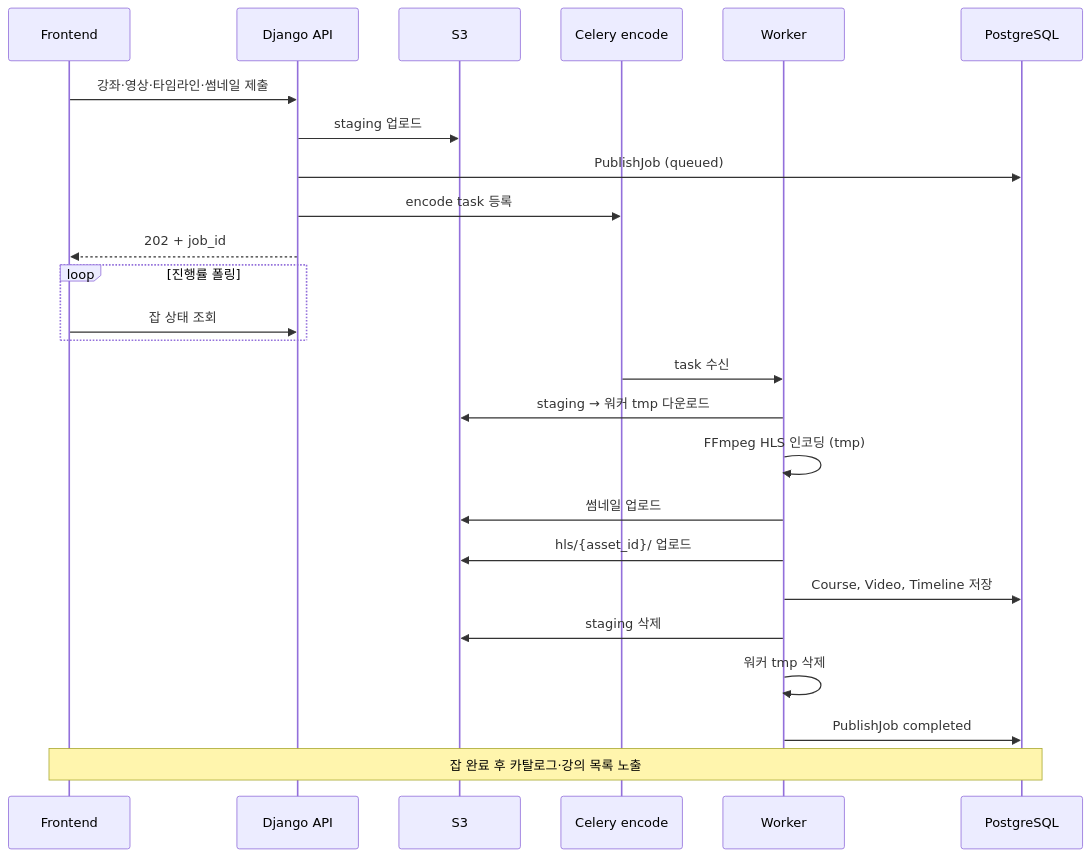
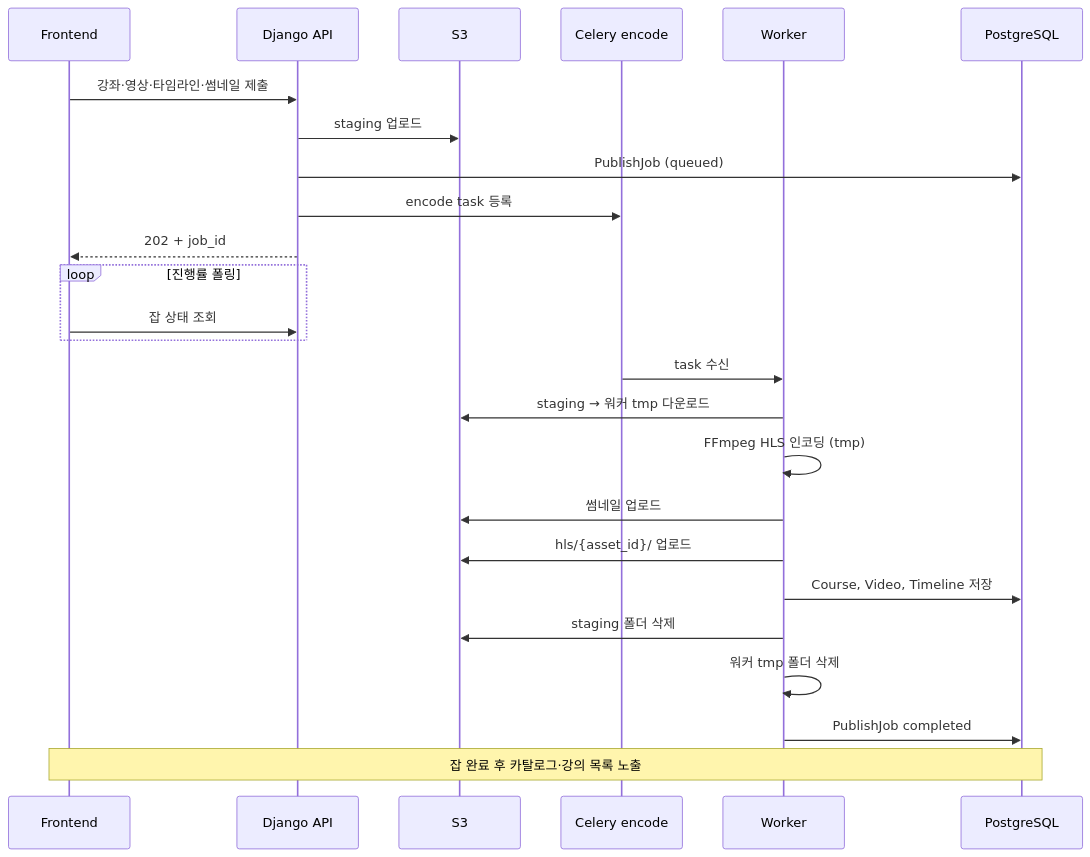
Before and after one commit to DSeung001/dseung001.github.io: the first of 2 diagrams in content/posts/2026/06/09/class-project-retrospective-1/index.md, drawn with Mermaid. The commit also changed other lines of this file and 5 other files, not shown here.

````diff
--- a/content/posts/2026/06/09/class-project-retrospective-1/index.md
+++ b/content/posts/2026/06/09/class-project-retrospective-1/index.md
@@ -100,28 +100,28 @@
 ```mermaid
 sequenceDiagram
     participant FE as Frontend
     participant API as Django API
     participant S3 as S3
     participant Q as Celery encode
     participant W as Worker
     participant DB as PostgreSQL
 
     FE->>API: 강좌·영상·타임라인·썸네일 제출
     API->>S3: staging 업로드
     API->>DB: PublishJob (queued)
     API->>Q: encode task 등록
     API-->>FE: 202 + job_id
     loop 진행률 폴링
         FE->>API: 잡 상태 조회
     end
     Q->>W: task 수신
     W->>S3: staging → 워커 tmp 다운로드
     W->>W: FFmpeg HLS 인코딩 (tmp)
     W->>S3: 썸네일 업로드
     W->>S3: hls/{asset_id}/ 업로드
     W->>DB: Course, Video, Timeline 저장
-    W->>S3: staging 삭제
-    W->>W: 워커 tmp 삭제
+    W->>S3: staging 폴더 삭제
+    W->>W: 워커 tmp 폴더 삭제
     W->>DB: PublishJob completed
     Note over FE,DB: 잡 완료 후 카탈로그·강의 목록 노출
 ```
````
